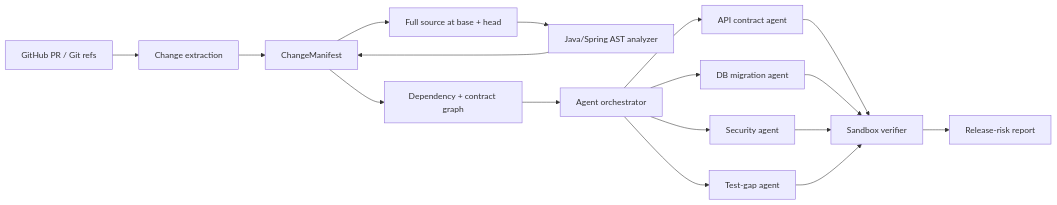
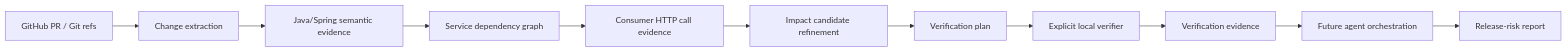
One commit to SVB808/changeguard changed the diagram in README.md. Above: the diagram before and after it, drawn with Mermaid. The commit also changed other lines of this file, not shown here.

Commit message:
docs: update README through targeted verification milestone

````diff
--- a/README.md
+++ b/README.md
@@ -140,19 +209,13 @@
 ```mermaid
 flowchart LR
-  PR[GitHub PR / Git refs] --> CG[Change extraction]
-  CG --> M[ChangeManifest]
-  M --> SRC[Full source at base + head]
-  SRC --> AST[Java/Spring AST analyzer]
-  AST --> M
-  M --> G[Dependency + contract graph]
-  G --> O[Agent orchestrator]
-  O --> A1[API contract agent]
-  O --> A2[DB migration agent]
-  O --> A3[Security agent]
-  O --> A4[Test-gap agent]
-  A1 --> V[Sandbox verifier]
-  A2 --> V
-  A3 --> V
-  A4 --> V
-  V --> R[Release-risk report]
+  PR[GitHub PR / Git refs] --> E[Change extraction]
+  E --> S[Java/Spring semantic evidence]
+  S --> G[Service dependency graph]
+  G --> C[Consumer HTTP call evidence]
+  C --> I[Impact candidate refinement]
+  I --> P[Verification plan]
+  P --> V[Explicit local verifier]
+  V --> R[Verification evidence]
+  R --> A[Future agent orchestration]
+  A --> O[Release-risk report]
 ```
````
